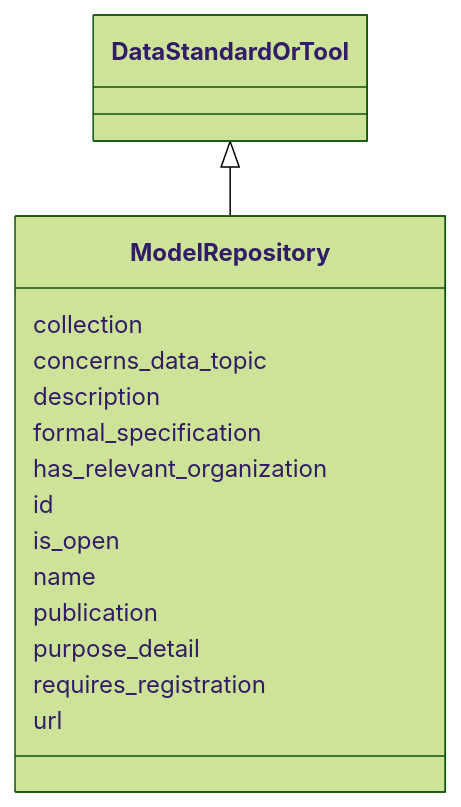
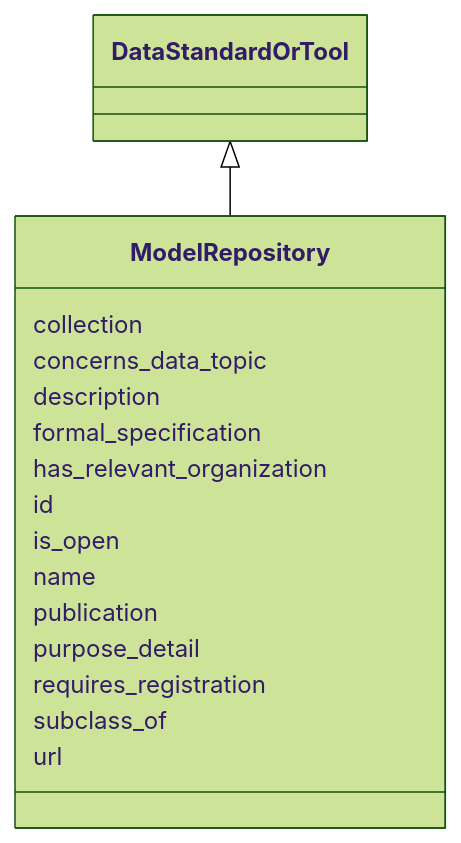
Before and after one commit to bridge2ai/standards-schemas: the diagram in docs/ModelRepository.md, drawn with Mermaid (forest theme). The commit also changed other lines of this file and 57 other files, not shown here.

````diff
--- a/docs/ModelRepository.md
+++ b/docs/ModelRepository.md
@@ -10,19 +11,20 @@
 ```mermaid
  classDiagram
     class ModelRepository
       DataStandardOrTool <|-- ModelRepository
       
       ModelRepository : collection
       ModelRepository : concerns_data_topic
       ModelRepository : description
       ModelRepository : formal_specification
       ModelRepository : has_relevant_organization
       ModelRepository : id
       ModelRepository : is_open
       ModelRepository : name
       ModelRepository : publication
       ModelRepository : purpose_detail
       ModelRepository : requires_registration
+      ModelRepository : subclass_of
       ModelRepository : url
       
 ```
````
